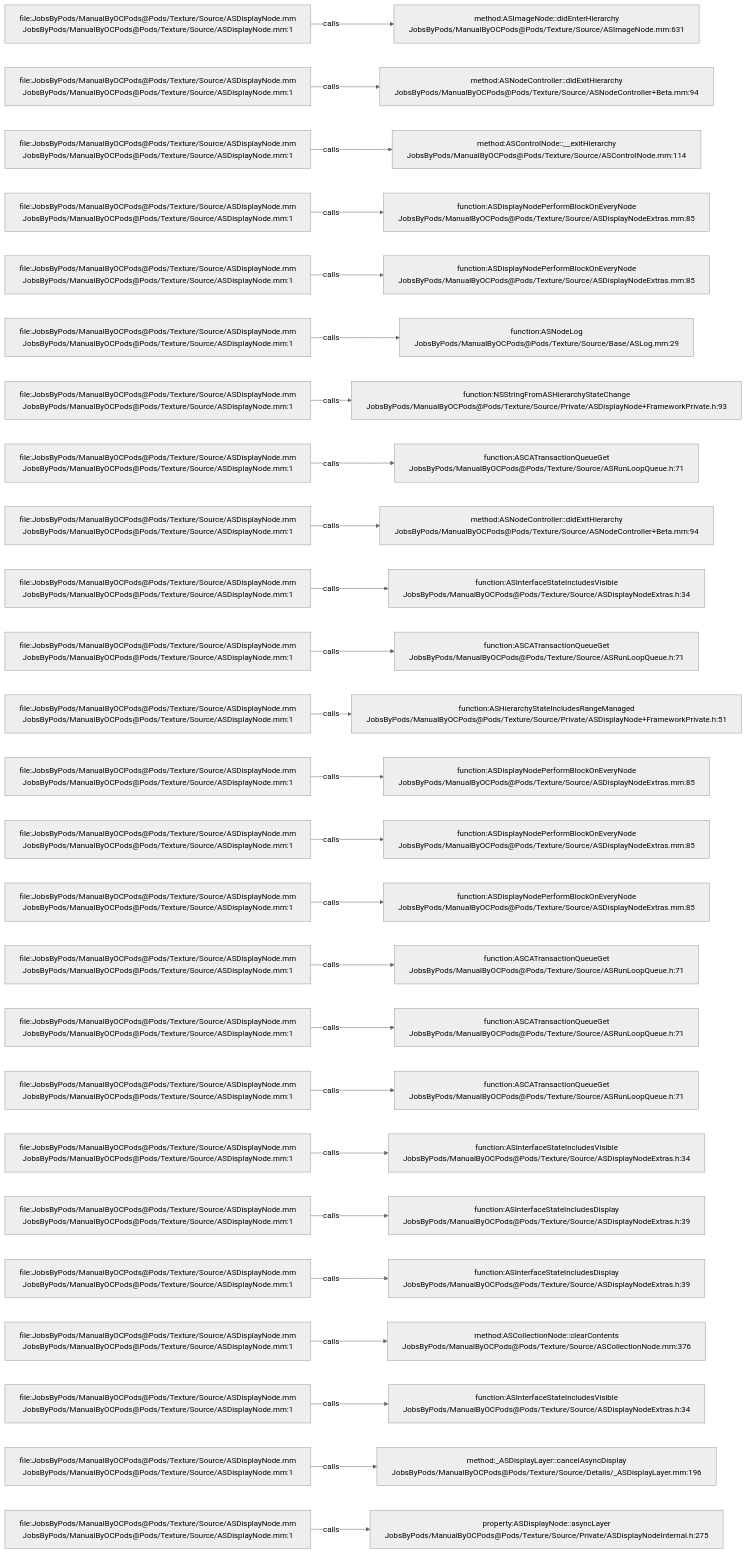
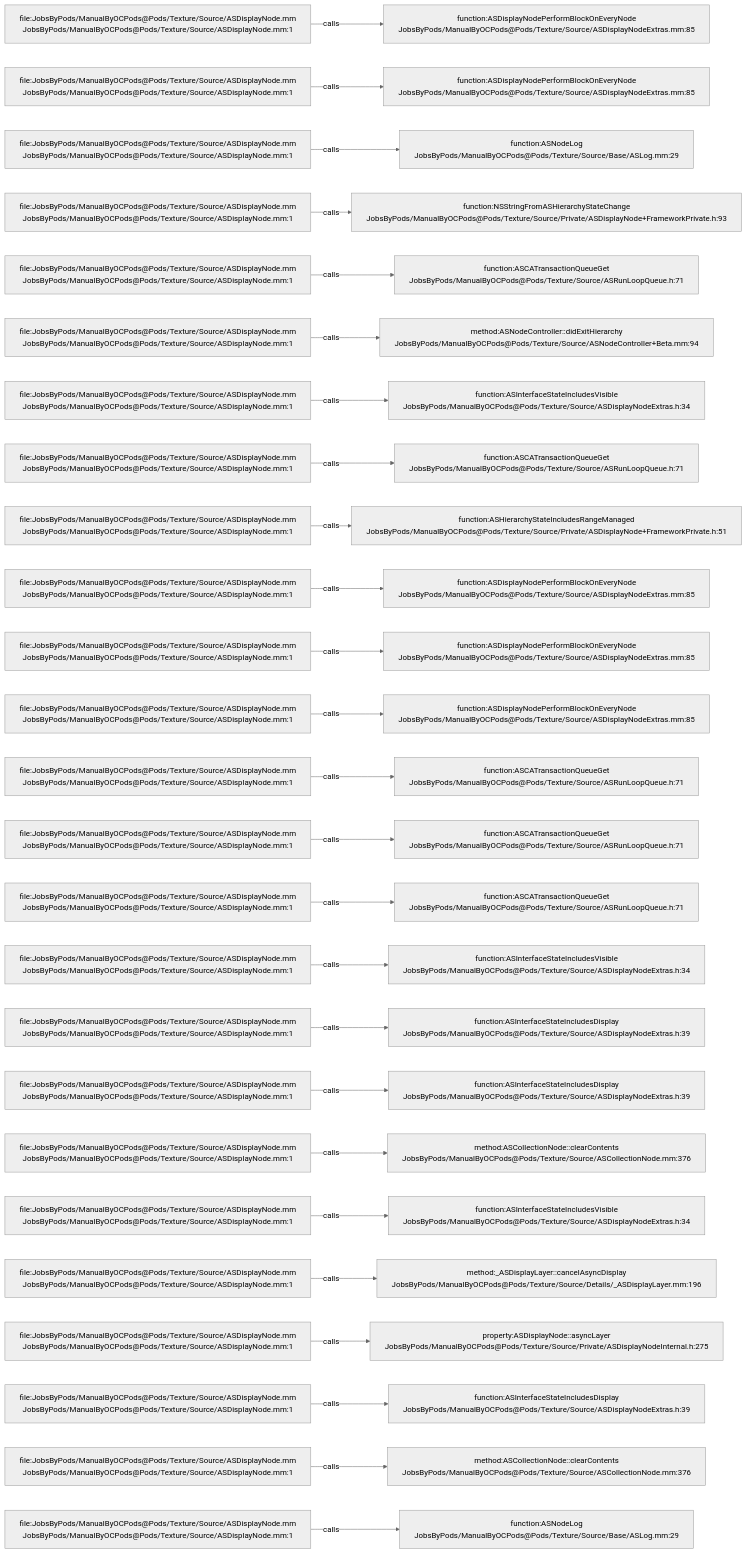
One commit to JobsKits/JobsOCBaseConfigDemo changed the diagram in .codegraph/codegraph.md/graphs/calls-104.md. Above: the diagram before and after it, drawn with Mermaid (neutral theme). The commit also changed 342 other files, not shown here.

````diff
--- a/.codegraph/codegraph.md/graphs/calls-104.md
+++ b/.codegraph/codegraph.md/graphs/calls-104.md
@@ -13,78 +13,78 @@
 ```mermaid
 flowchart LR
   S1["file:JobsByPods/ManualByOCPods@Pods/Texture/Source/ASDisplayNode.mm<br/>JobsByPods/ManualByOCPods@Pods/Texture/Source/ASDisplayNode.mm:1"]
-  T1["method:ASImageNode::didEnterHierarchy<br/>JobsByPods/ManualByOCPods@Pods/Texture/Source/ASImageNode.mm:631"]
+  T1["function:ASDisplayNodePerformBlockOnEveryNode<br/>JobsByPods/ManualByOCPods@Pods/Texture/Source/ASDisplayNodeExtras.mm:85"]
   S1 -->|calls| T1
   S2["file:JobsByPods/ManualByOCPods@Pods/Texture/Source/ASDisplayNode.mm<br/>JobsByPods/ManualByOCPods@Pods/Texture/Source/ASDisplayNode.mm:1"]
-  T2["method:ASNodeController::didExitHierarchy<br/>JobsByPods/ManualByOCPods@Pods/Texture/Source/ASNodeController+Beta.mm:94"]
+  T2["function:ASDisplayNodePerformBlockOnEveryNode<br/>JobsByPods/ManualByOCPods@Pods/Texture/Source/ASDisplayNodeExtras.mm:85"]
   S2 -->|calls| T2
   S3["file:JobsByPods/ManualByOCPods@Pods/Texture/Source/ASDisplayNode.mm<br/>JobsByPods/ManualByOCPods@Pods/Texture/Source/ASDisplayNode.mm:1"]
-  T3["method:ASControlNode::__exitHierarchy<br/>JobsByPods/ManualByOCPods@Pods/Texture/Source/ASControlNode.mm:114"]
+  T3["function:ASNodeLog<br/>JobsByPods/ManualByOCPods@Pods/Texture/Source/Base/ASLog.mm:29"]
   S3 -->|calls| T3
   S4["file:JobsByPods/ManualByOCPods@Pods/Texture/Source/ASDisplayNode.mm<br/>JobsByPods/ManualByOCPods@Pods/Texture/Source/ASDisplayNode.mm:1"]
-  T4["function:ASDisplayNodePerformBlockOnEveryNode<br/>JobsByPods/ManualByOCPods@Pods/Texture/Source/ASDisplayNodeExtras.mm:85"]
+  T4["function:NSStringFromASHierarchyStateChange<br/>JobsByPods/ManualByOCPods@Pods/Texture/Source/Private/ASDisplayNode+FrameworkPrivate.h:93"]
   S4 -->|calls| T4
   S5["file:JobsByPods/ManualByOCPods@Pods/Texture/Source/ASDisplayNode.mm<br/>JobsByPods/ManualByOCPods@Pods/Texture/Source/ASDisplayNode.mm:1"]
-  T5["function:ASDisplayNodePerformBlockOnEveryNode<br/>JobsByPods/ManualByOCPods@Pods/Texture/Source/ASDisplayNodeExtras.mm:85"]
+  T5["function:ASCATransactionQueueGet<br/>JobsByPods/ManualByOCPods@Pods/Texture/Source/ASRunLoopQueue.h:71"]
   S5 -->|calls| T5
   S6["file:JobsByPods/ManualByOCPods@Pods/Texture/Source/ASDisplayNode.mm<br/>JobsByPods/ManualByOCPods@Pods/Texture/Source/ASDisplayNode.mm:1"]
-  T6["function:ASNodeLog<br/>JobsByPods/ManualByOCPods@Pods/Texture/Source/Base/ASLog.mm:29"]
+  T6["method:ASNodeController::didExitHierarchy<br/>JobsByPods/ManualByOCPods@Pods/Texture/Source/ASNodeController+Beta.mm:94"]
   S6 -->|calls| T6
   S7["file:JobsByPods/ManualByOCPods@Pods/Texture/Source/ASDisplayNode.mm<br/>JobsByPods/ManualByOCPods@Pods/Texture/Source/ASDisplayNode.mm:1"]
-  T7["function:NSStringFromASHierarchyStateChange<br/>JobsByPods/ManualByOCPods@Pods/Texture/Source/Private/ASDisplayNode+FrameworkPrivate.h:93"]
+  T7["function:ASInterfaceStateIncludesVisible<br/>JobsByPods/ManualByOCPods@Pods/Texture/Source/ASDisplayNodeExtras.h:34"]
   S7 -->|calls| T7
   S8["file:JobsByPods/ManualByOCPods@Pods/Texture/Source/ASDisplayNode.mm<br/>JobsByPods/ManualByOCPods@Pods/Texture/Source/ASDisplayNode.mm:1"]
   T8["function:ASCATransactionQueueGet<br/>JobsByPods/ManualByOCPods@Pods/Texture/Source/ASRunLoopQueue.h:71"]
   S8 -->|calls| T8
   S9["file:JobsByPods/ManualByOCPods@Pods/Texture/Source/ASDisplayNode.mm<br/>JobsByPods/ManualByOCPods@Pods/Texture/Source/ASDisplayNode.mm:1"]
-  T9["method:ASNodeController::didExitHierarchy<br/>JobsByPods/ManualByOCPods@Pods/Texture/Source/ASNodeController+Beta.mm:94"]
+  T9["function:ASHierarchyStateIncludesRangeManaged<br/>JobsByPods/ManualByOCPods@Pods/Texture/Source/Private/ASDisplayNode+FrameworkPrivate.h:51"]
   S9 -->|calls| T9
   S10["file:JobsByPods/ManualByOCPods@Pods/Texture/Source/ASDisplayNode.mm<br/>JobsByPods/ManualByOCPods@Pods/Texture/Source/ASDisplayNode.mm:1"]
-  T10["function:ASInterfaceStateIncludesVisible<br/>JobsByPods/ManualByOCPods@Pods/Texture/Source/ASDisplayNodeExtras.h:34"]
+  T10["function:ASDisplayNodePerformBlockOnEveryNode<br/>JobsByPods/ManualByOCPods@Pods/Texture/Source/ASDisplayNodeExtras.mm:85"]
   S10 -->|calls| T10
   S11["file:JobsByPods/ManualByOCPods@Pods/Texture/Source/ASDisplayNode.mm<br/>JobsByPods/ManualByOCPods@Pods/Texture/Source/ASDisplayNode.mm:1"]
-  T11["function:ASCATransactionQueueGet<br/>JobsByPods/ManualByOCPods@Pods/Texture/Source/ASRunLoopQueue.h:71"]
+  T11["function:ASDisplayNodePerformBlockOnEveryNode<br/>JobsByPods/ManualByOCPods@Pods/Texture/Source/ASDisplayNodeExtras.mm:85"]
   S11 -->|calls| T11
   S12["file:JobsByPods/ManualByOCPods@Pods/Texture/Source/ASDisplayNode.mm<br/>JobsByPods/ManualByOCPods@Pods/Texture/Source/ASDisplayNode.mm:1"]
-  T12["function:ASHierarchyStateIncludesRangeManaged<br/>JobsByPods/ManualByOCPods@Pods/Texture/Source/Private/ASDisplayNode+FrameworkPrivate.h:51"]
+  T12["function:ASDisplayNodePerformBlockOnEveryNode<br/>JobsByPods/ManualByOCPods@Pods/Texture/Source/ASDisplayNodeExtras.mm:85"]
   S12 -->|calls| T12
   S13["file:JobsByPods/ManualByOCPods@Pods/Texture/Source/ASDisplayNode.mm<br/>JobsByPods/ManualByOCPods@Pods/Texture/Source/ASDisplayNode.mm:1"]
-  T13["function:ASDisplayNodePerformBlockOnEveryNode<br/>JobsByPods/ManualByOCPods@Pods/Texture/Source/ASDisplayNodeExtras.mm:85"]
+  T13["function:ASCATransactionQueueGet<br/>JobsByPods/ManualByOCPods@Pods/Texture/Source/ASRunLoopQueue.h:71"]
   S13 -->|calls| T13
   S14["file:JobsByPods/ManualByOCPods@Pods/Texture/Source/ASDisplayNode.mm<br/>JobsByPods/ManualByOCPods@Pods/Texture/Source/ASDisplayNode.mm:1"]
-  T14["function:ASDisplayNodePerformBlockOnEveryNode<br/>JobsByPods/ManualByOCPods@Pods/Texture/Source/ASDisplayNodeExtras.mm:85"]
+  T14["function:ASCATransactionQueueGet<br/>JobsByPods/ManualByOCPods@Pods/Texture/Source/ASRunLoopQueue.h:71"]
   S14 -->|calls| T14
   S15["file:JobsByPods/ManualByOCPods@Pods/Texture/Source/ASDisplayNode.mm<br/>JobsByPods/ManualByOCPods@Pods/Texture/Source/ASDisplayNode.mm:1"]
-  T15["function:ASDisplayNodePerformBlockOnEveryNode<br/>JobsByPods/ManualByOCPods@Pods/Texture/Source/ASDisplayNodeExtras.mm:85"]
+  T15["function:ASCATransactionQueueGet<br/>JobsByPods/ManualByOCPods@Pods/Texture/Source/ASRunLoopQueue.h:71"]
   S15 -->|calls| T15
   S16["file:JobsByPods/ManualByOCPods@Pods/Texture/Source/ASDisplayNode.mm<br/>JobsByPods/ManualByOCPods@Pods/Texture/Source/ASDisplayNode.mm:1"]
-  T16["function:ASCATransactionQueueGet<br/>JobsByPods/ManualByOCPods@Pods/Texture/Source/ASRunLoopQueue.h:71"]
+  T16["function:ASInterfaceStateIncludesVisible<br/>JobsByPods/ManualByOCPods@Pods/Texture/Source/ASDisplayNodeExtras.h:34"]
   S16 -->|calls| T16
   S17["file:JobsByPods/ManualByOCPods@Pods/Texture/Source/ASDisplayNode.mm<br/>JobsByPods/ManualByOCPods@Pods/Texture/Source/ASDisplayNode.mm:1"]
-  T17["function:ASCATransactionQueueGet<br/>JobsByPods/ManualByOCPods@Pods/Texture/Source/ASRunLoopQueue.h:71"]
+  T17["function:ASInterfaceStateIncludesDisplay<br/>JobsByPods/ManualByOCPods@Pods/Texture/Source/ASDisplayNodeExtras.h:39"]
   S17 -->|calls| T17
   S18["file:JobsByPods/ManualByOCPods@Pods/Texture/Source/ASDisplayNode.mm<br/>JobsByPods/ManualByOCPods@Pods/Texture/Source/ASDisplayNode.mm:1"]
-  T18["function:ASCATransactionQueueGet<br/>JobsByPods/ManualByOCPods@Pods/Texture/Source/ASRunLoopQueue.h:71"]
+  T18["function:ASInterfaceStateIncludesDisplay<br/>JobsByPods/ManualByOCPods@Pods/Texture/Source/ASDisplayNodeExtras.h:39"]
   S18 -->|calls| T18
   S19["file:JobsByPods/ManualByOCPods@Pods/Texture/Source/ASDisplayNode.mm<br/>JobsByPods/ManualByOCPods@Pods/Texture/Source/ASDisplayNode.mm:1"]
-  T19["function:ASInterfaceStateIncludesVisible<br/>JobsByPods/ManualByOCPods@Pods/Texture/Source/ASDisplayNodeExtras.h:34"]
+  T19["method:ASCollectionNode::clearContents<br/>JobsByPods/ManualByOCPods@Pods/Texture/Source/ASCollectionNode.mm:376"]
   S19 -->|calls| T19
   S20["file:JobsByPods/ManualByOCPods@Pods/Texture/Source/ASDisplayNode.mm<br/>JobsByPods/ManualByOCPods@Pods/Texture/Source/ASDisplayNode.mm:1"]
-  T20["function:ASInterfaceStateIncludesDisplay<br/>JobsByPods/ManualByOCPods@Pods/Texture/Source/ASDisplayNodeExtras.h:39"]
+  T20["function:ASInterfaceStateIncludesVisible<br/>JobsByPods/ManualByOCPods@Pods/Texture/Source/ASDisplayNodeExtras.h:34"]
   S20 -->|calls| T20
   S21["file:JobsByPods/ManualByOCPods@Pods/Texture/Source/ASDisplayNode.mm<br/>JobsByPods/ManualByOCPods@Pods/Texture/Source/ASDisplayNode.mm:1"]
-  T21["function:ASInterfaceStateIncludesDisplay<br/>JobsByPods/ManualByOCPods@Pods/Texture/Source/ASDisplayNodeExtras.h:39"]
+  T21["method:_ASDisplayLayer::cancelAsyncDisplay<br/>JobsByPods/ManualByOCPods@Pods/Texture/Source/Details/_ASDisplayLayer.mm:196"]
   S21 -->|calls| T21
   S22["file:JobsByPods/ManualByOCPods@Pods/Texture/Source/ASDisplayNode.mm<br/>JobsByPods/ManualByOCPods@Pods/Texture/Source/ASDisplayNode.mm:1"]
-  T22["method:ASCollectionNode::clearContents<br/>JobsByPods/ManualByOCPods@Pods/Texture/Source/ASCollectionNode.mm:376"]
+  T22["property:ASDisplayNode::asyncLayer<br/>JobsByPods/ManualByOCPods@Pods/Texture/Source/Private/ASDisplayNodeInternal.h:275"]
   S22 -->|calls| T22
   S23["file:JobsByPods/ManualByOCPods@Pods/Texture/Source/ASDisplayNode.mm<br/>JobsByPods/ManualByOCPods@Pods/Texture/Source/ASDisplayNode.mm:1"]
-  T23["function:ASInterfaceStateIncludesVisible<br/>JobsByPods/ManualByOCPods@Pods/Texture/Source/ASDisplayNodeExtras.h:34"]
+  T23["function:ASInterfaceStateIncludesDisplay<br/>JobsByPods/ManualByOCPods@Pods/Texture/Source/ASDisplayNodeExtras.h:39"]
   S23 -->|calls| T23
   S24["file:JobsByPods/ManualByOCPods@Pods/Texture/Source/ASDisplayNode.mm<br/>JobsByPods/ManualByOCPods@Pods/Texture/Source/ASDisplayNode.mm:1"]
-  T24["method:_ASDisplayLayer::cancelAsyncDisplay<br/>JobsByPods/ManualByOCPods@Pods/Texture/Source/Details/_ASDisplayLayer.mm:196"]
+  T24["method:ASCollectionNode::clearContents<br/>JobsByPods/ManualByOCPods@Pods/Texture/Source/ASCollectionNode.mm:376"]
   S24 -->|calls| T24
   S25["file:JobsByPods/ManualByOCPods@Pods/Texture/Source/ASDisplayNode.mm<br/>JobsByPods/ManualByOCPods@Pods/Texture/Source/ASDisplayNode.mm:1"]
-  T25["property:ASDisplayNode::asyncLayer<br/>JobsByPods/ManualByOCPods@Pods/Texture/Source/Private/ASDisplayNodeInternal.h:275"]
+  T25["function:ASNodeLog<br/>JobsByPods/ManualByOCPods@Pods/Texture/Source/Base/ASLog.mm:29"]
   S25 -->|calls| T25
 ```
````
